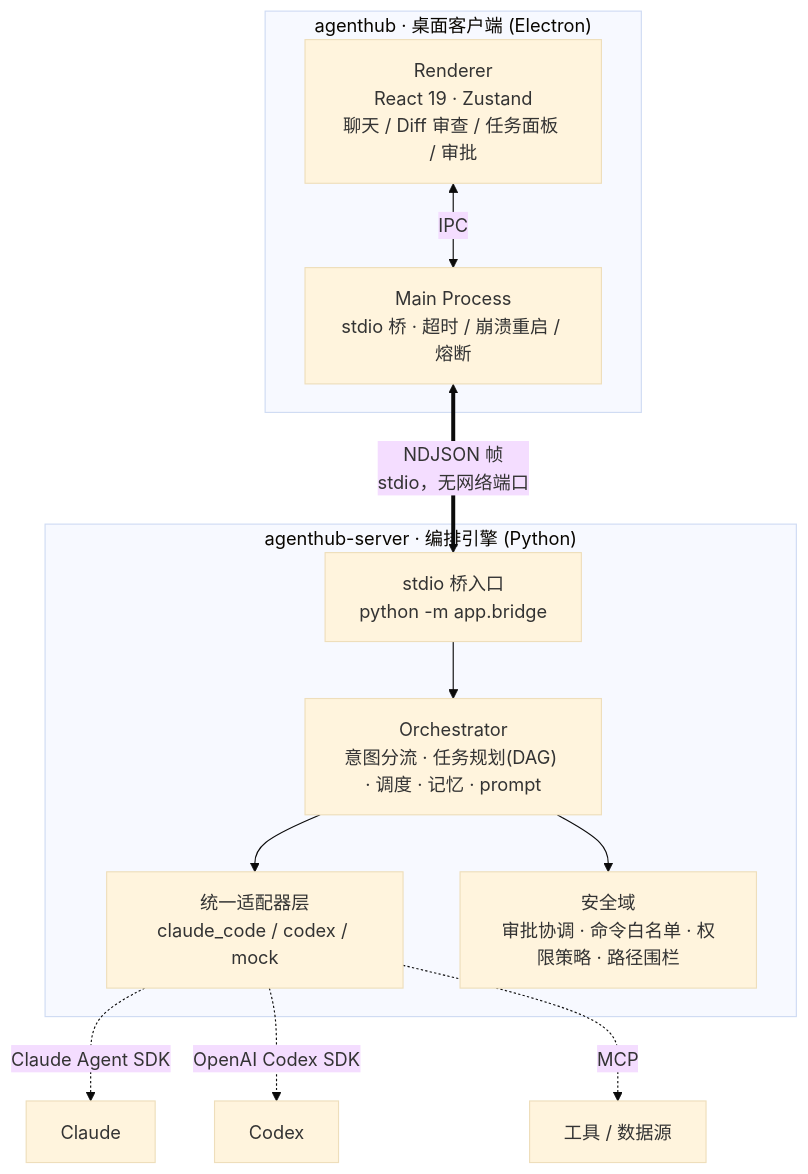
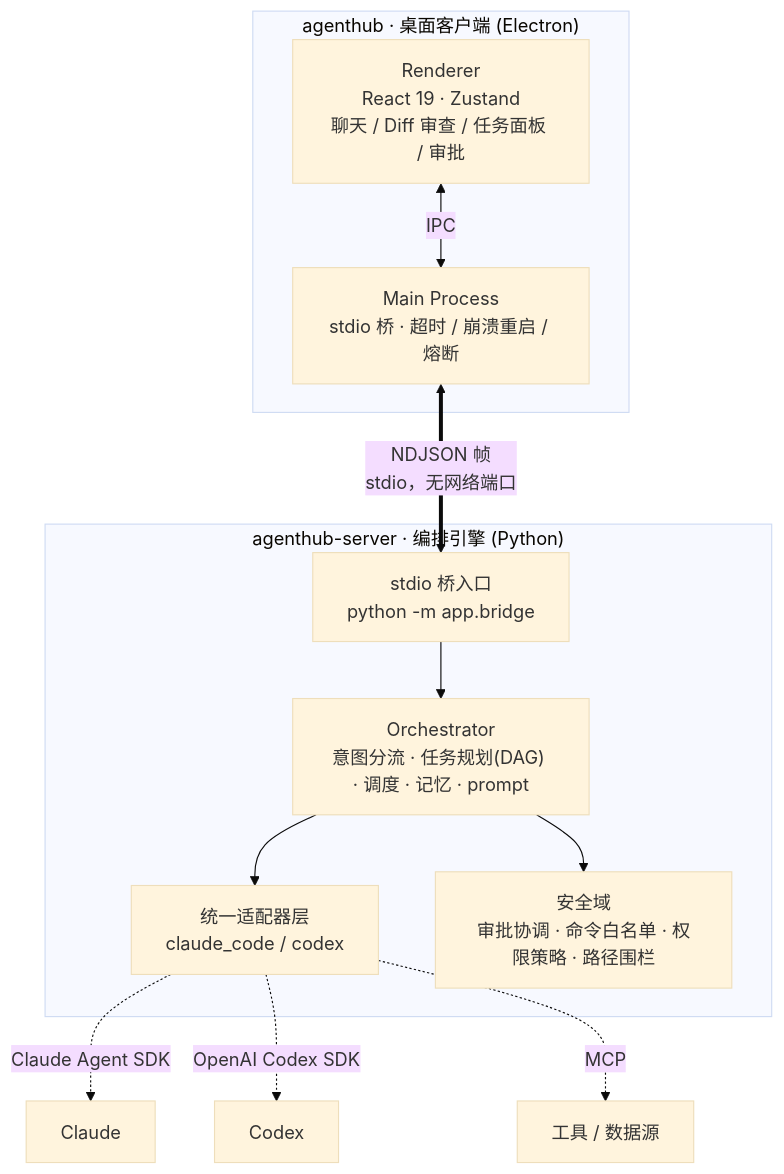
One commit to bargino/AgentHub changed the diagram in README.md. Above: the diagram before and after it, drawn with Mermaid (base theme). The commit also changed other lines of this file, not shown here.

````diff
--- a/README.md
+++ b/README.md
@@ -53,22 +54,22 @@
 ```mermaid
 flowchart TB
     subgraph Desktop["agenthub · 桌面客户端 (Electron)"]
         R["Renderer<br/>React 19 · Zustand<br/>聊天 / Diff 审查 / 任务面板 / 审批"]
         M["Main Process<br/>stdio 桥 · 超时 / 崩溃重启 / 熔断"]
         R <-->|IPC| M
     end
 
     subgraph Server["agenthub-server · 编排引擎 (Python)"]
         B["stdio 桥入口<br/>python -m app.bridge"]
         O["Orchestrator<br/>意图分流 · 任务规划(DAG) · 调度 · 记忆 · prompt"]
-        A["统一适配器层<br/>claude_code / codex / mock"]
+        A["统一适配器层<br/>claude_code / codex"]
         S["安全域<br/>审批协调 · 命令白名单 · 权限策略 · 路径围栏"]
         B --> O --> A
         O --> S
     end
 
     M <==>|NDJSON 帧<br/>stdio，无网络端口| B
     A -.->|Claude Agent SDK| LLM1["Claude"]
     A -.->|OpenAI Codex SDK| LLM2["Codex"]
     A -.->|MCP| TOOLS["工具 / 数据源"]
 ```
````
